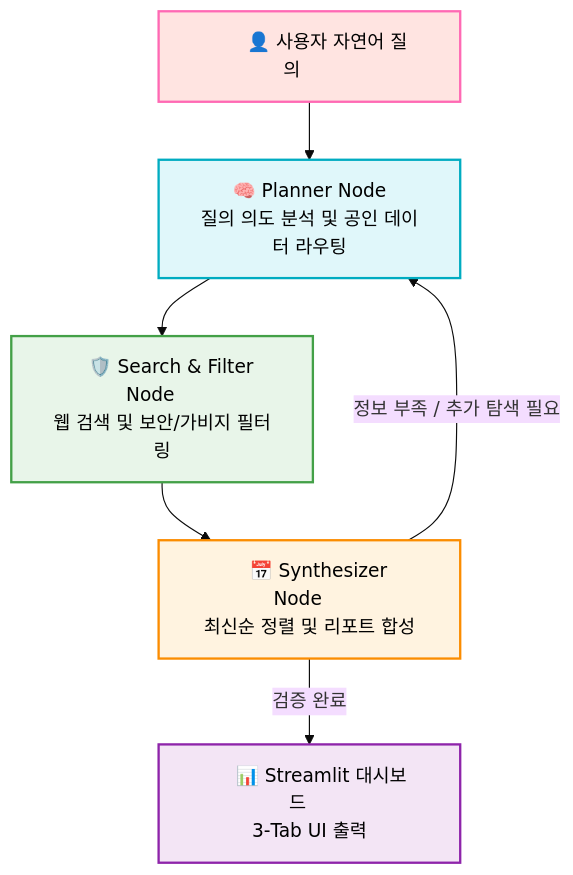
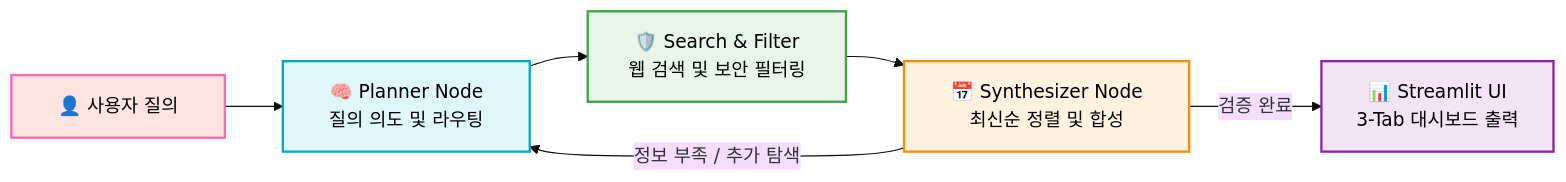
The diagram in README.md (sbg990530/Document-Agent), drawn with Mermaid (base theme) before and after one commit.

````diff
--- a/README.md
+++ b/README.md
@@ -19,20 +19,20 @@
 ```mermaid
-graph TD
+graph LR
     classDef userStyle fill:#FFE4E1,stroke:#FF69B4,stroke-width:2px,color:#000;
     classDef plannerStyle fill:#E0F7FA,stroke:#00ACC1,stroke-width:2px,color:#000;
     classDef filterStyle fill:#E8F5E9,stroke:#43A047,stroke-width:2px,color:#000;
     classDef synthStyle fill:#FFF3E0,stroke:#FB8C00,stroke-width:2px,color:#000;
     classDef uiStyle fill:#F3E5F5,stroke:#8E24AA,stroke-width:2px,color:#000;
 
-    A["&nbsp;&nbsp;&nbsp;&nbsp;&nbsp;&nbsp;👤 사용자 자연어 질의&nbsp;&nbsp;&nbsp;&nbsp;&nbsp;&nbsp;"]:::userStyle 
-    --> B["&nbsp;&nbsp;&nbsp;&nbsp;🧠 Planner Node&nbsp;&nbsp;&nbsp;&nbsp;<br/>질의 의도 분석 및 공인 데이터 라우팅"]:::plannerStyle
+    A["&nbsp;&nbsp;👤 사용자 질의&nbsp;&nbsp;"]:::userStyle 
+    --> B["&nbsp;&nbsp;🧠 Planner Node&nbsp;&nbsp;<br/>질의 의도 및 라우팅"]:::plannerStyle
     
-    B --> C["&nbsp;&nbsp;&nbsp;&nbsp;🛡️ Search & Filter Node&nbsp;&nbsp;&nbsp;&nbsp;<br/>웹 검색 및 보안/가비지 필터링"]:::filterStyle
+    B --> C["&nbsp;&nbsp;🛡️ Search & Filter&nbsp;&nbsp;<br/>웹 검색 및 보안 필터링"]:::filterStyle
     
-    C --> D["&nbsp;&nbsp;&nbsp;&nbsp;📅 Synthesizer Node&nbsp;&nbsp;&nbsp;&nbsp;<br/>최신순 정렬 및 리포트 합성"]:::synthStyle
+    C --> D["&nbsp;&nbsp;📅 Synthesizer Node&nbsp;&nbsp;<br/>최신순 정렬 및 합성"]:::synthStyle
     
-    %% LangGraph의 핵심인 조건부 루프(Loop) 표현
-    D -- "정보 부족 / 추가 탐색 필요" --> B
+    %% 루프 및 분기 구조
+    D -- "정보 부족 / 추가 탐색" --> B
     
-    D -- "검증 완료" --> E["&nbsp;&nbsp;&nbsp;&nbsp;📊 Streamlit 대시보드&nbsp;&nbsp;&nbsp;&nbsp;<br/>3-Tab UI 출력"]:::uiStyle
+    D -- "검증 완료" --> E["&nbsp;&nbsp;📊 Streamlit UI&nbsp;&nbsp;<br/>3-Tab 대시보드 출력"]:::uiStyle
 ```
````
